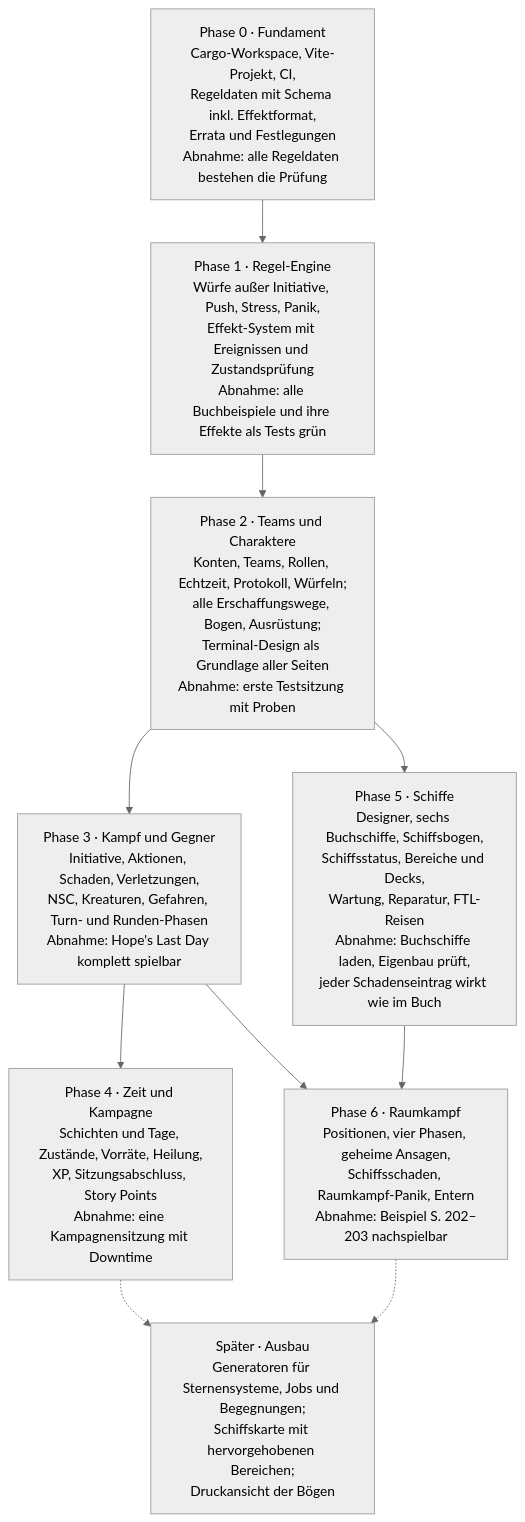
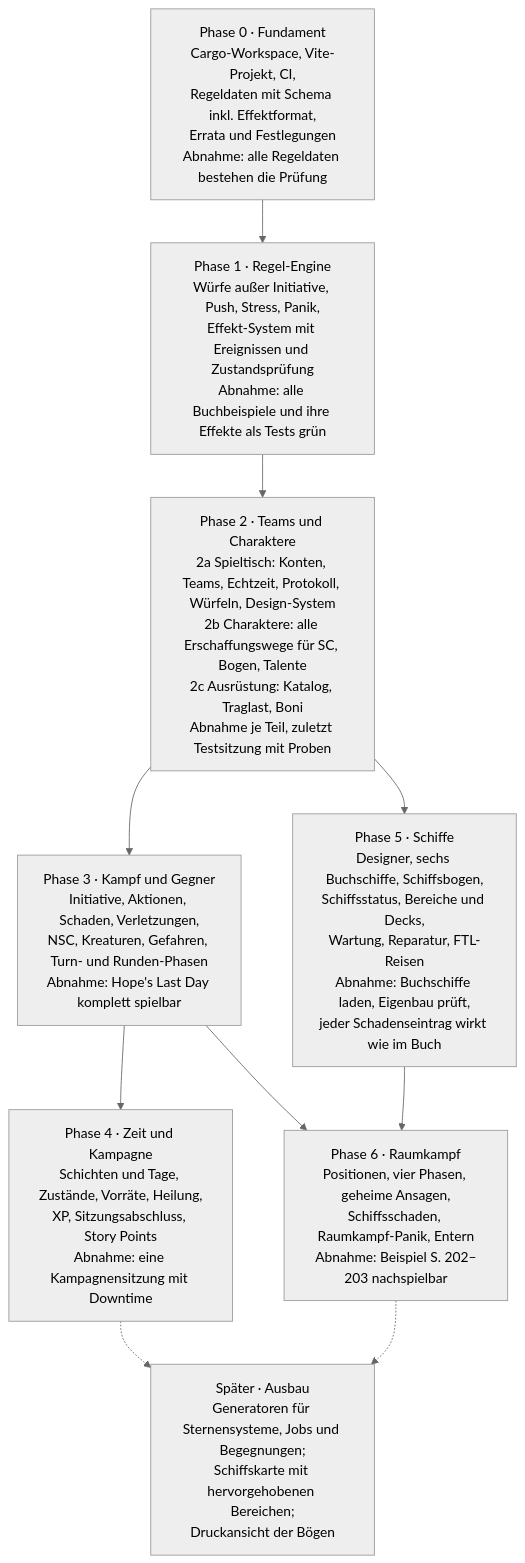
The third of 3 diagrams in docs/PLAN.md (peddn/xenoforge), drawn with Mermaid (neutral theme) before and after one commit. The commit also changed other lines of this file and 1 other file, not shown here.

First line of the commit message:
Plan: phase 2 in three parts; accounts with role, one team per character, HTTP commands with SSE

````diff
--- a/docs/PLAN.md
+++ b/docs/PLAN.md
@@ -752,16 +753,16 @@
 ```mermaid
 flowchart TD
     p0["Phase 0 · Fundament<br/>Cargo-Workspace, Vite-Projekt, CI,<br/>Regeldaten mit Schema inkl. Effektformat,<br/>Errata und Festlegungen<br/>Abnahme: alle Regeldaten bestehen die Prüfung"]
     p1["Phase 1 · Regel-Engine<br/>Würfe außer Initiative, Push, Stress, Panik,<br/>Effekt-System mit Ereignissen und Zustandsprüfung<br/>Abnahme: alle Buchbeispiele und ihre Effekte als Tests grün"]
-    p2["Phase 2 · Teams und Charaktere<br/>Konten, Teams, Rollen, Echtzeit, Protokoll, Würfeln;<br/>alle Erschaffungswege, Bogen, Ausrüstung;<br/>Terminal-Design als Grundlage aller Seiten<br/>Abnahme: erste Testsitzung mit Proben"]
+    p2["Phase 2 · Teams und Charaktere<br/>2a Spieltisch: Konten, Teams, Echtzeit, Protokoll, Würfeln, Design-System<br/>2b Charaktere: alle Erschaffungswege für SC, Bogen, Talente<br/>2c Ausrüstung: Katalog, Traglast, Boni<br/>Abnahme je Teil, zuletzt Testsitzung mit Proben"]
     p3["Phase 3 · Kampf und Gegner<br/>Initiative, Aktionen, Schaden, Verletzungen,<br/>NSC, Kreaturen, Gefahren, Turn- und Runden-Phasen<br/>Abnahme: Hope's Last Day komplett spielbar"]
     p4["Phase 4 · Zeit und Kampagne<br/>Schichten und Tage, Zustände, Vorräte, Heilung,<br/>XP, Sitzungsabschluss, Story Points<br/>Abnahme: eine Kampagnensitzung mit Downtime"]
     p5["Phase 5 · Schiffe<br/>Designer, sechs Buchschiffe, Schiffsbogen,<br/>Schiffsstatus, Bereiche und Decks,<br/>Wartung, Reparatur, FTL-Reisen<br/>Abnahme: Buchschiffe laden, Eigenbau prüft,<br/>jeder Schadenseintrag wirkt wie im Buch"]
     p6["Phase 6 · Raumkampf<br/>Positionen, vier Phasen, geheime Ansagen,<br/>Schiffsschaden, Raumkampf-Panik, Entern<br/>Abnahme: Beispiel S. 202–203 nachspielbar"]
     p7["Später · Ausbau<br/>Generatoren für Sternensysteme, Jobs und Begegnungen;<br/>Schiffskarte mit hervorgehobenen Bereichen;<br/>Druckansicht der Bögen"]
     p0 --> p1 --> p2 --> p3 --> p4
     p2 --> p5 --> p6
     p3 --> p6
     p4 -.-> p7
     p6 -.-> p7
 ```
````
